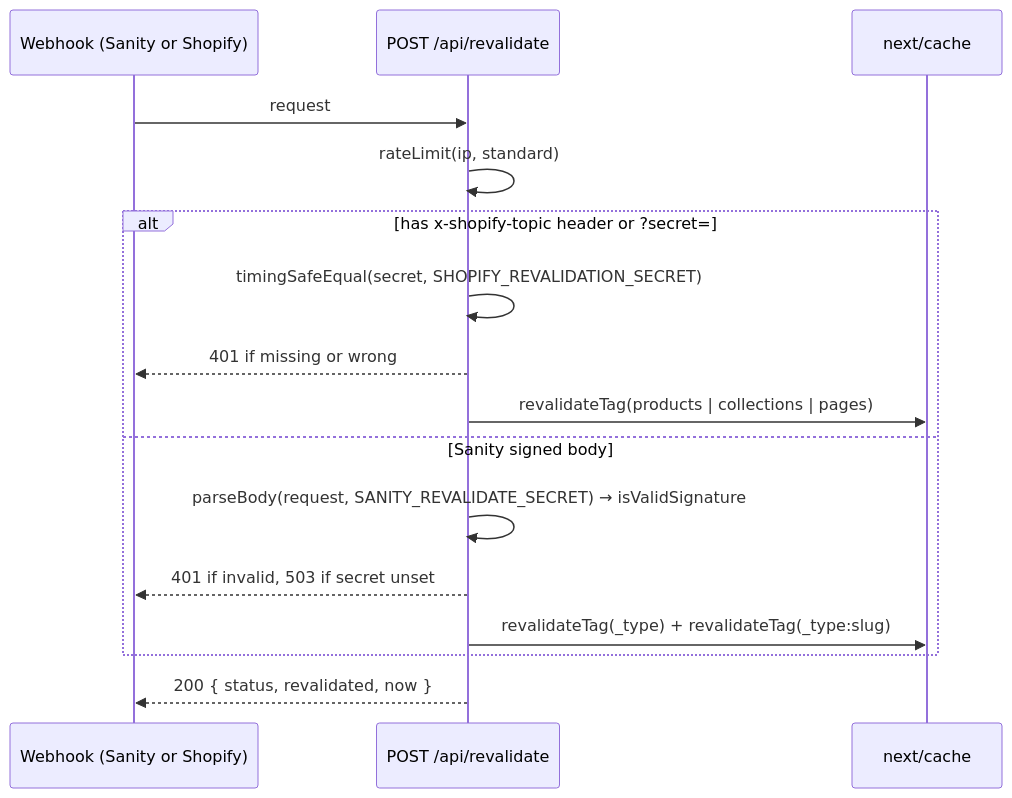
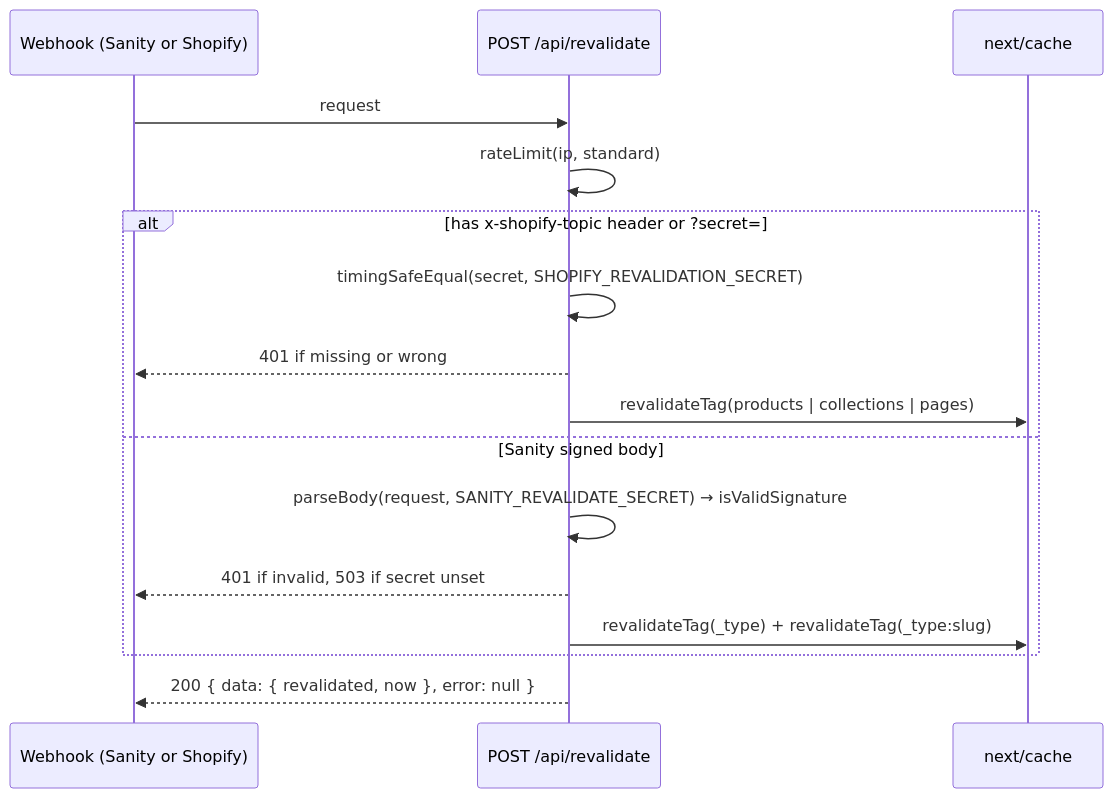
Before and after one commit to darkroomengineering/satus: the diagram in app/api/README.md, drawn with Mermaid. The commit also changed other lines of this file and 4 other files, not shown here.

Commit message:
feat(api)!: return { data, error } from every API route

````diff
--- a/app/api/README.md
+++ b/app/api/README.md
@@ -64,18 +74,18 @@
 ```mermaid
 sequenceDiagram
     participant W as Webhook (Sanity or Shopify)
     participant R as POST /api/revalidate
     participant T as next/cache
     W->>R: request
     R->>R: rateLimit(ip, standard)
     alt has x-shopify-topic header or ?secret=
         R->>R: timingSafeEqual(secret, SHOPIFY_REVALIDATION_SECRET)
         R-->>W: 401 if missing or wrong
         R->>T: revalidateTag(products | collections | pages)
     else Sanity signed body
         R->>R: parseBody(request, SANITY_REVALIDATE_SECRET) → isValidSignature
         R-->>W: 401 if invalid, 503 if secret unset
         R->>T: revalidateTag(_type) + revalidateTag(_type:slug)
     end
-    R-->>W: 200 { status, revalidated, now }
+    R-->>W: 200 { data: { revalidated, now }, error: null }
 ```
````
